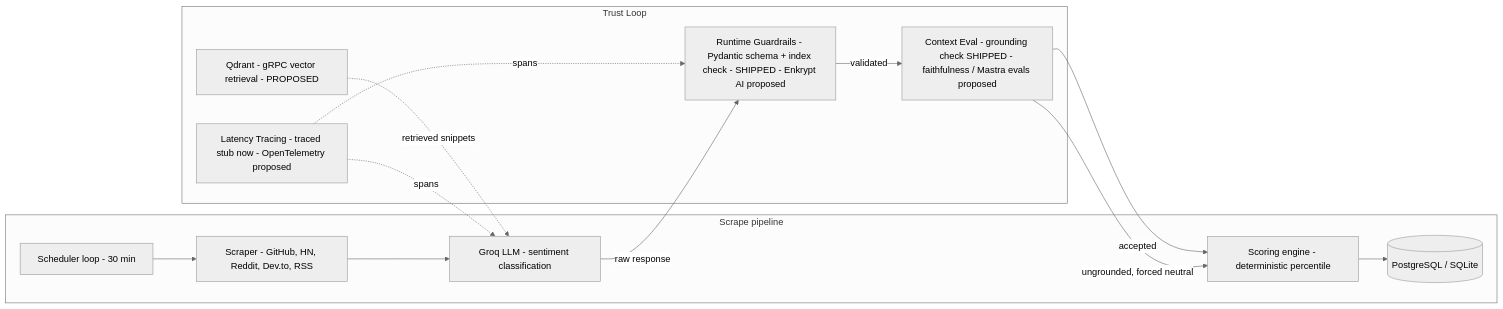
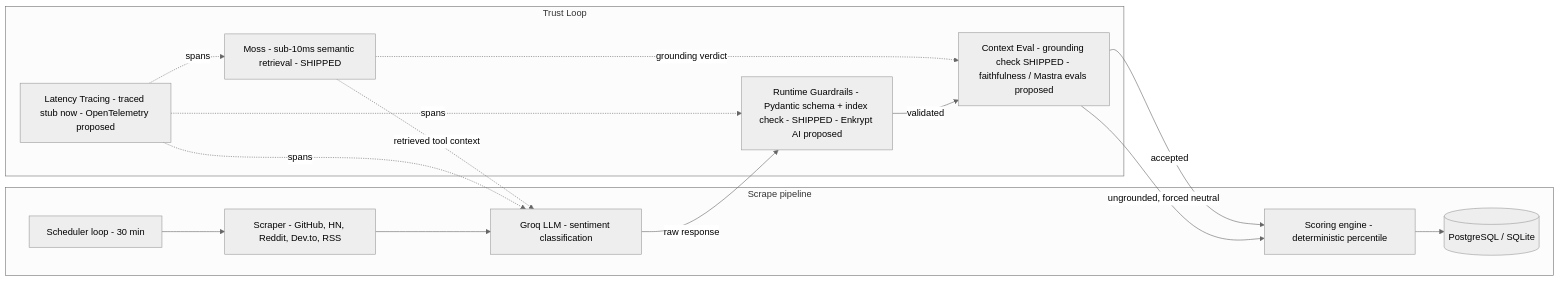
One commit to amantebriwal4321/StackRadar changed the diagram in README.md. Above: the diagram before and after it, drawn with Mermaid (neutral theme). The commit also changed other lines of this file and 13 other files, not shown here.

````diff
--- a/README.md
+++ b/README.md
@@ -92,27 +99,29 @@
 ```mermaid
 flowchart LR
     subgraph current["Scrape pipeline"]
         SC[Scheduler loop - 30 min]
         SCR[Scraper - GitHub, HN, Reddit, Dev.to, RSS]
         GROQ[Groq LLM - sentiment classification]
         SCORE[Scoring engine - deterministic percentile]
         DB[(PostgreSQL / SQLite)]
         SC --> SCR --> GROQ
         SCORE --> DB
     end
 
     subgraph trustloop["Trust Loop"]
+        MOSS[Moss - sub-10ms semantic retrieval - SHIPPED]
         GUARD[Runtime Guardrails - Pydantic schema + index check - SHIPPED - Enkrypt AI proposed]
         EVAL[Context Eval - grounding check SHIPPED - faithfulness / Mastra evals proposed]
-        QDRANT[Qdrant - gRPC vector retrieval - PROPOSED]
         TRACE[Latency Tracing - traced stub now - OpenTelemetry proposed]
     end
 
-    QDRANT -. retrieved snippets .-> GROQ
+    MOSS -. retrieved tool context .-> GROQ
+    MOSS -. grounding verdict .-> EVAL
     GROQ -- raw response --> GUARD
     GUARD -- validated --> EVAL
     EVAL -- accepted --> SCORE
     EVAL -- ungrounded, forced neutral --> SCORE
+    TRACE -. spans .-> MOSS
     TRACE -. spans .-> GROQ
     TRACE -. spans .-> GUARD
 ```
````
